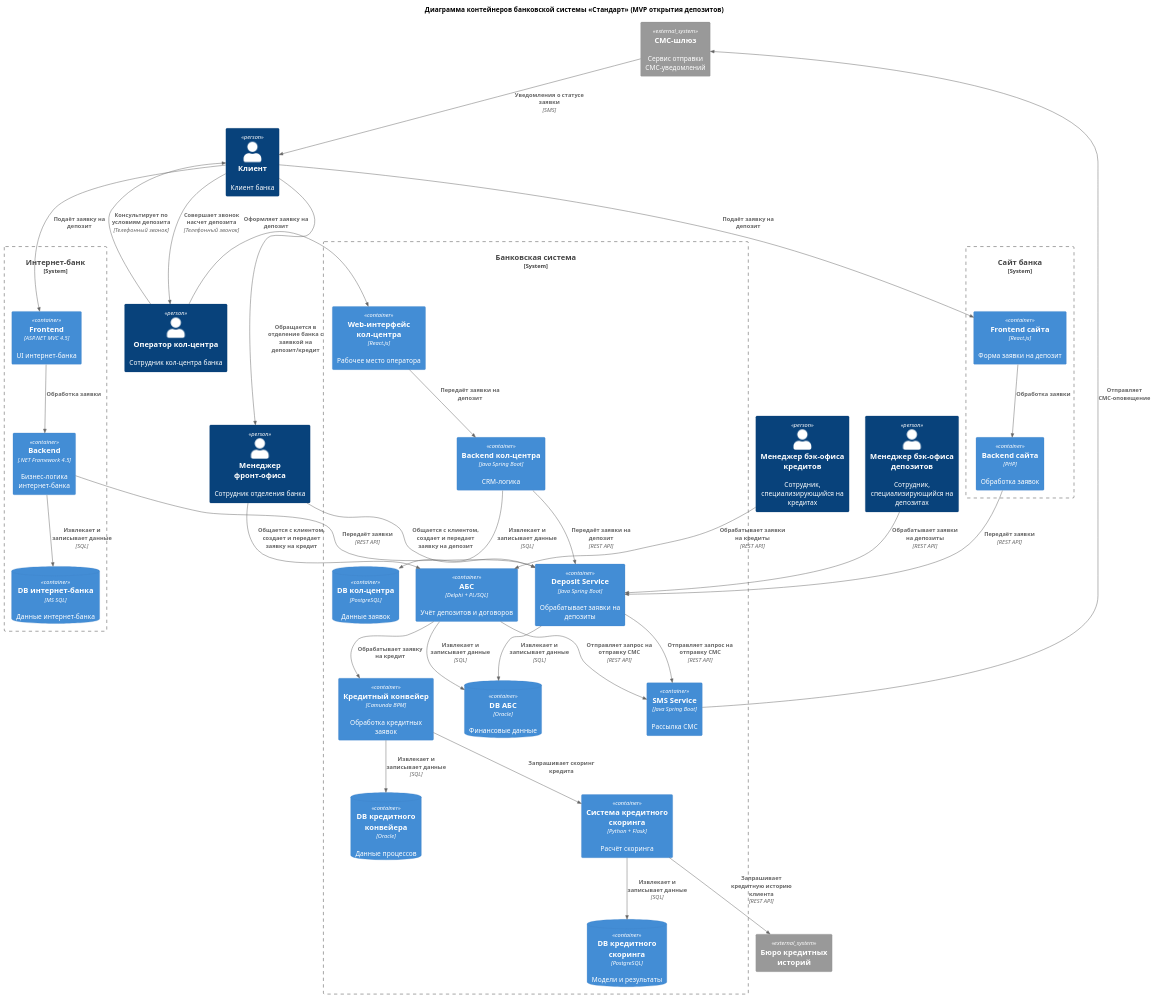
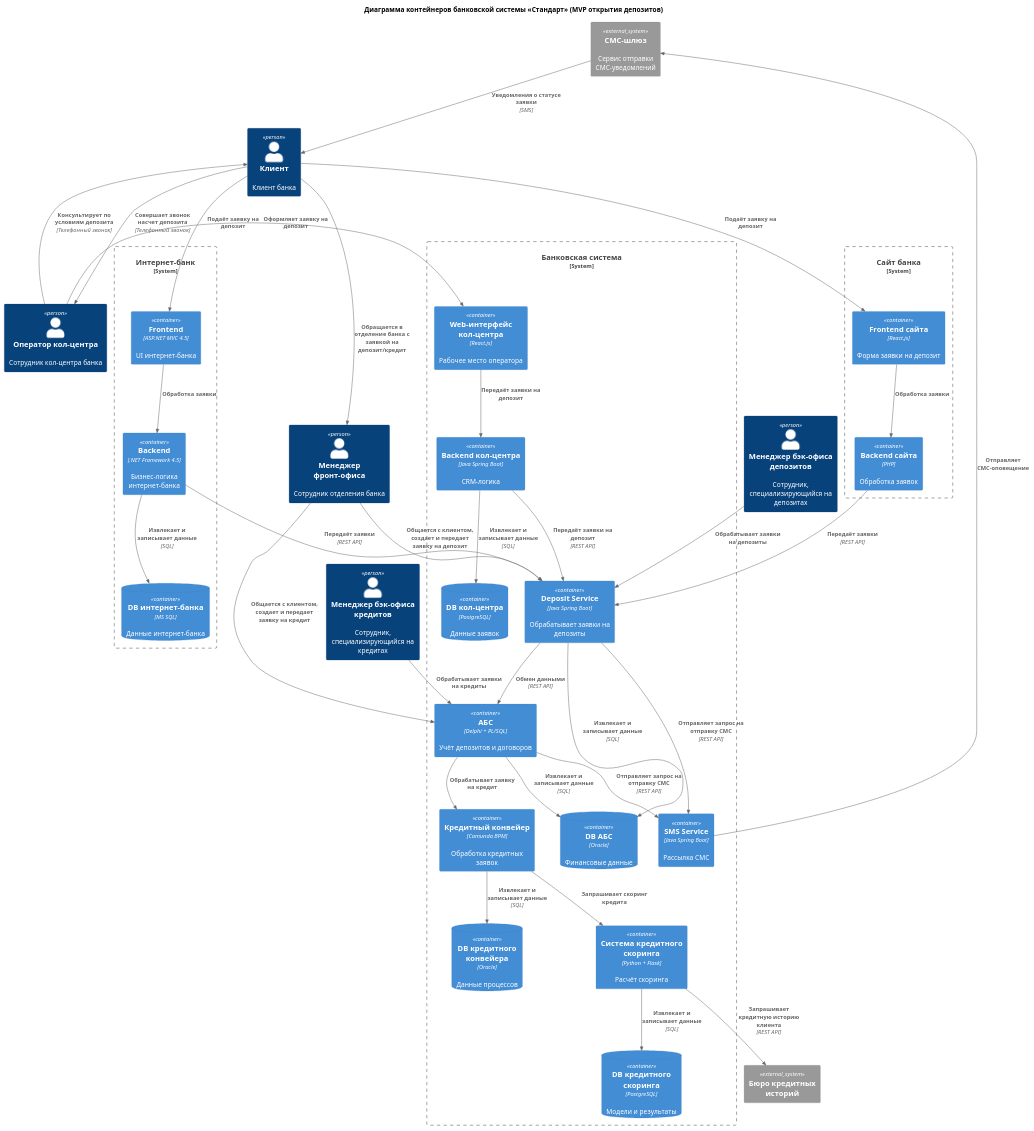
The diagram in Task3/3_Standart_C4_Container.puml (mirina47/architecture-pro-standart), drawn with PlantUML before and after one commit. The commit also changed 4 other files, not shown here.

```diff
--- a/Task3/3_Standart_C4_Container.puml
+++ b/Task3/3_Standart_C4_Container.puml
@@ -1,92 +1,94 @@
 @startuml Standart_C4_Container
 !include https://raw.githubusercontent.com/plantuml-stdlib/C4-PlantUML/master/C4_Container.puml
 
 title Диаграмма контейнеров банковской системы «Стандарт» (MVP открытия депозитов)
 
 Person(client, "Клиент", "Клиент банка")
 Person(call_center_operator, "Оператор кол-центра", "Сотрудник кол-центра банка")
 Person(front_office_manager, "Менеджер фронт-офиса", "Сотрудник отделения банка")
 Person(back_office_deposit, "Менеджер бэк-офиса депозитов", "Сотрудник, специализирующийся на депозитах")
 Person(back_office_credit, "Менеджер бэк-офиса кредитов", "Сотрудник, специализирующийся на кредитах")
 
 
 ' === Интернет-банк ===
 System_Boundary(internet_bank, "Интернет-банк") {
     Container(internet_bank_front, "Frontend", "ASP.NET MVC 4.5", "UI интернет-банка")
     Container(internet_bank_back, "Backend", ".NET Framework 4.5", "Бизнес-логика интернет-банка")
     ContainerDb(internet_bank_db, "DB интернет-банка", "MS SQL", "Данные интернет-банка")
 }
 
 ' === Сайт банка ===
 System_Boundary(bank_site, "Сайт банка") {
     Container(bank_site_front, "Frontend сайта", "React.js", "Форма заявки на депозит")
     Container(bank_site_back, "Backend сайта", "PHP", "Обработка заявок")
 }
 
 ' === Банковская система ===
 System_Boundary(bank_system, "Банковская система") {
     ' --- Кол-центр ---
     Container(call_center_front, "Web-интерфейс кол-центра", "React.js", "Рабочее место оператора")
     Container(call_center_back, "Backend кол-центра", "Java Spring Boot", "CRM-логика")
     ContainerDb(call_center_db, "DB кол-центра", "PostgreSQL", "Данные заявок")
 
     ' --- АБС ---
     Container(abs, "АБС", "Delphi + PL/SQL", "Учёт депозитов и договоров")
     ContainerDb(abs_db, "DB АБС", "Oracle", "Финансовые данные")
 
     ' --- Микросервисы ---
     Container(deposit_service, "Deposit Service", "Java Spring Boot", "Обрабатывает заявки на депозиты")
     Container(sms_service, "SMS Service", "Java Spring Boot", "Рассылка СМС")
 
     ' --- Кредитные системы ---
     Container(credit_pipeline, "Кредитный конвейер", "Camunda BPM", "Обработка кредитных заявок")
     ContainerDb(credit_pipeline_db, "DB кредитного конвейера", "Oracle", "Данные процессов")
 
     Container(credit_scoring, "Система кредитного скоринга", "Python + Flask", "Расчёт скоринга")
     ContainerDb(credit_scoring_db, "DB кредитного скоринга", "PostgreSQL", "Модели и результаты")
 
 }
 
 System_Ext(credit_history_bureaus, "Бюро кредитных историй")
 System_Ext(sms_gateway, "СМС-шлюз", "Сервис отправки СМС-уведомлений")
 
 Rel(client, internet_bank_front, "Подаёт заявку на депозит")
 Rel(client, bank_site_front, "Подаёт заявку на депозит")
 Rel(client, call_center_operator, "Совершает звонок насчет депозита", "Телефонный звонок")
 Rel(client, front_office_manager, "Обращается в отделение банка с заявкой на депозит/кредит")
 
 Rel(call_center_operator, client, "Консультирует по условиям депозита", "Телефонный звонок")
 Rel(call_center_operator, call_center_front, "Оформляет заявку на депозит")
 Rel(call_center_front, call_center_back, "Передаёт заявки на депозит")
 Rel(call_center_back, call_center_db, "Извлекает и записывает данные", "SQL")
 Rel(call_center_back, deposit_service, "Передаёт заявки на депозит", "REST API")
 
 Rel(front_office_manager, deposit_service, "Общается с клиентом, создает и передает заявку на депозит")
 Rel(front_office_manager, abs, "Общается с клиентом, создает и передает заявку на кредит")
-Rel(back_office_deposit, deposit_service, "Обрабатывает заявки на депозиты", "REST API")
-Rel(back_office_credit, abs, "Обрабатывает заявки на кредиты", "REST API")
+Rel(back_office_deposit, deposit_service, "Обрабатывает заявки на депозиты")
+Rel(back_office_credit, abs, "Обрабатывает заявки на кредиты")
+
 Rel(abs, abs_db, "Извлекает и записывает данные", "SQL")
+Rel(deposit_service, abs, "Обмен данными", "REST API")
 
 Rel(internet_bank_front, internet_bank_back, "Обработка заявки")
 Rel(internet_bank_back, deposit_service, "Передаёт заявки", "REST API")
 Rel(internet_bank_back, internet_bank_db, "Извлекает и записывает данные", "SQL")
 
 Rel(bank_site_front, bank_site_back, "Обработка заявки")
 Rel(bank_site_back, deposit_service, "Передаёт заявки", "REST API")
 
 Rel(deposit_service, abs_db, "Извлекает и записывает данные", "SQL")
 Rel(deposit_service, sms_service, "Отправляет запрос на отправку СМС", "REST API")
 
 Rel(abs, sms_service, "Отправляет запрос на отправку СМС", "REST API")
 Rel(sms_service, sms_gateway, "Отправляет СМС-оповещение")
 Rel(sms_gateway, client, "Уведомления о статусе заявки", "SMS")
 
 Rel(abs, credit_pipeline, "Обрабатывает заявку на кредит")
 Rel(credit_pipeline, credit_scoring, "Запрашивает скоринг кредита")
 Rel(credit_pipeline, credit_pipeline_db, "Извлекает и записывает данные", "SQL")
 
 Rel(credit_scoring, credit_history_bureaus, "Запрашивает кредитную историю клиента", "REST API")
 Rel(credit_scoring, credit_scoring_db, "Извлекает и записывает данные", "SQL")
 
 
 @enduml
```
